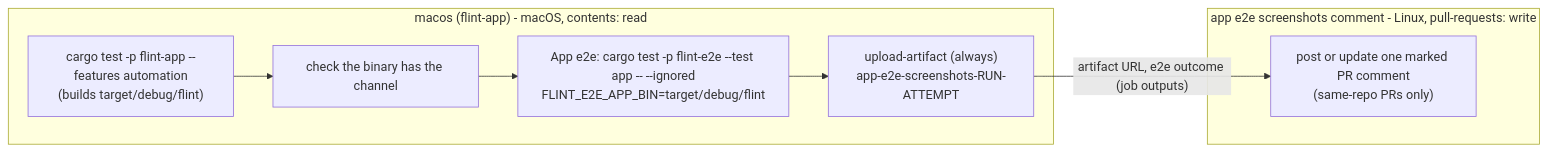
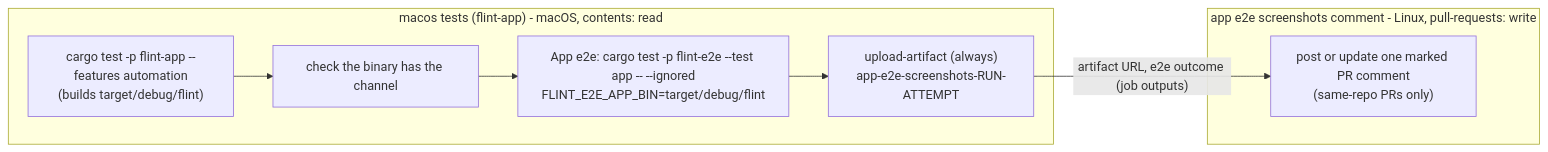
Before and after one commit to Sealos/flint: the diagram in docs/TESTING.md, drawn with Mermaid. The commit also changed other lines of this file and 3 other files, not shown here.

First line of the commit message:
ci(macos): split the app job into parallel build and test jobs

````diff
--- a/docs/TESTING.md
+++ b/docs/TESTING.md
@@ -332,12 +332,12 @@
 ```mermaid
 flowchart LR
-  subgraph macos["macos (flint-app) - macOS, contents: read"]
+  subgraph macos["macos tests (flint-app) - macOS, contents: read"]
     T["cargo test -p flint-app --features automation<br/>(builds target/debug/flint)"] --> C["check the binary has the channel"]
     C --> E["App e2e: cargo test -p flint-e2e --test app -- --ignored<br/>FLINT_E2E_APP_BIN=target/debug/flint"]
     E --> U["upload-artifact (always)<br/>app-e2e-screenshots-RUN-ATTEMPT"]
   end
   U -- "artifact URL, e2e outcome (job outputs)" --> P
   subgraph comment["app e2e screenshots comment - Linux, pull-requests: write"]
     P["post or update one marked PR comment<br/>(same-repo PRs only)"]
   end
 ```
````
